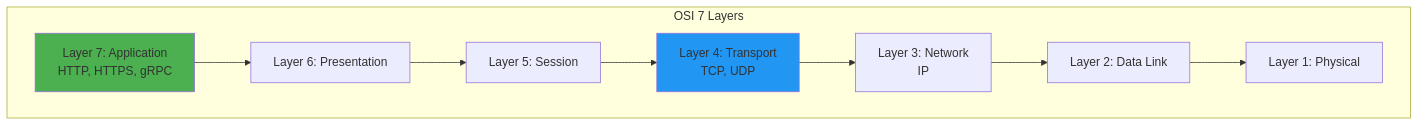
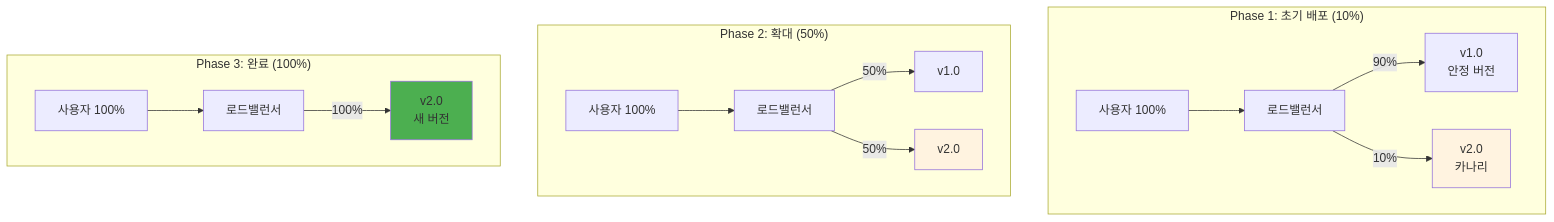
One commit to niceguy61/kdt_devops_lecture_2025 changed the second of 5 diagrams in theory/week_04/day2/session_3.md. Above: the diagram before and after it, drawn with Mermaid. The commit also changed other lines of this file and 2 other files, not shown here.

````diff
--- a/theory/week_04/day2/session_3.md
+++ b/theory/week_04/day2/session_3.md
@@ -50,17 +50,23 @@
 ```mermaid
 graph TB
-    subgraph "OSI 7 Layers"
-        L7[Layer 7: Application<br/>HTTP, HTTPS, gRPC]
-        L6[Layer 6: Presentation]
-        L5[Layer 5: Session]
-        L4[Layer 4: Transport<br/>TCP, UDP]
-        L3[Layer 3: Network<br/>IP]
-        L2[Layer 2: Data Link]
-        L1[Layer 1: Physical]
+    subgraph "Phase 1: 초기 배포 (10%)"
+        U1[사용자 100%] --> LB1[로드밸런서]
+        LB1 -->|90%| V1A[v1.0<br/>안정 버전]
+        LB1 -->|10%| V2A[v2.0<br/>카나리]
     end
     
-    L7 --> L6 --> L5 --> L4 --> L3 --> L2 --> L1
+    subgraph "Phase 2: 확대 (50%)"
+        U2[사용자 100%] --> LB2[로드밸런서]
+        LB2 -->|50%| V1B[v1.0]
+        LB2 -->|50%| V2B[v2.0]
+    end
     
-    style L7 fill:#4caf50
-    style L4 fill:#2196f3
+    subgraph "Phase 3: 완료 (100%)"
+        U3[사용자 100%] --> LB3[로드밸런서]
+        LB3 -->|100%| V2C[v2.0<br/>새 버전]
+    end
+    
+    style V2A fill:#fff3e0
+    style V2B fill:#fff3e0
+    style V2C fill:#4caf50
 ```
````
